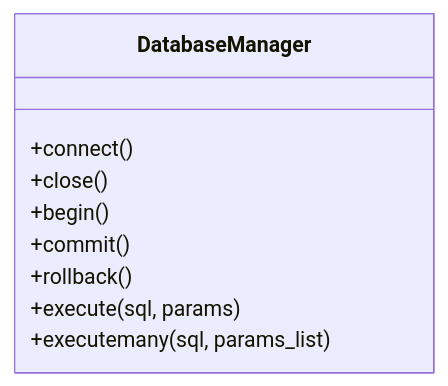
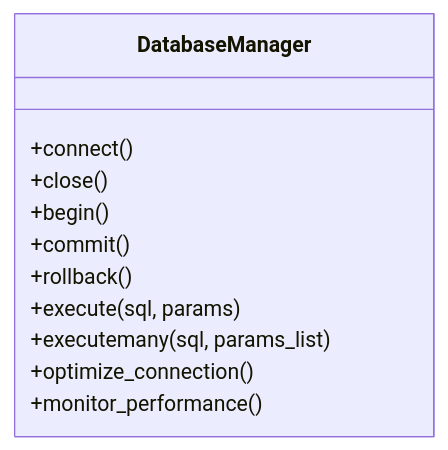
The fourth of 6 diagrams in .qoder/repowiki/en/content/Core Components/Data Engineering Module.md (ZengSeng/telegram-bot), drawn with Mermaid before and after one commit. The commit also changed other lines of this file and 9 other files, not shown here.

````diff
--- a/.qoder/repowiki/en/content/Core Components/Data Engineering Module.md
+++ b/.qoder/repowiki/en/content/Core Components/Data Engineering Module.md
@@ -162,12 +170,14 @@
 ```mermaid
 classDiagram
 class DatabaseManager {
 +connect()
 +close()
 +begin()
 +commit()
 +rollback()
 +execute(sql, params)
 +executemany(sql, params_list)
++optimize_connection()
++monitor_performance()
 }
 ```
````
